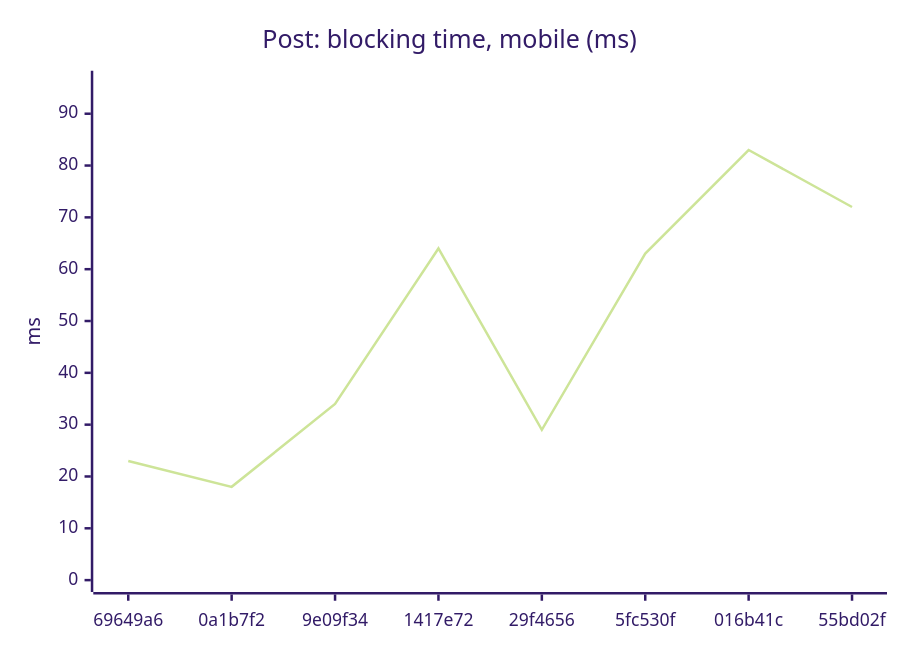
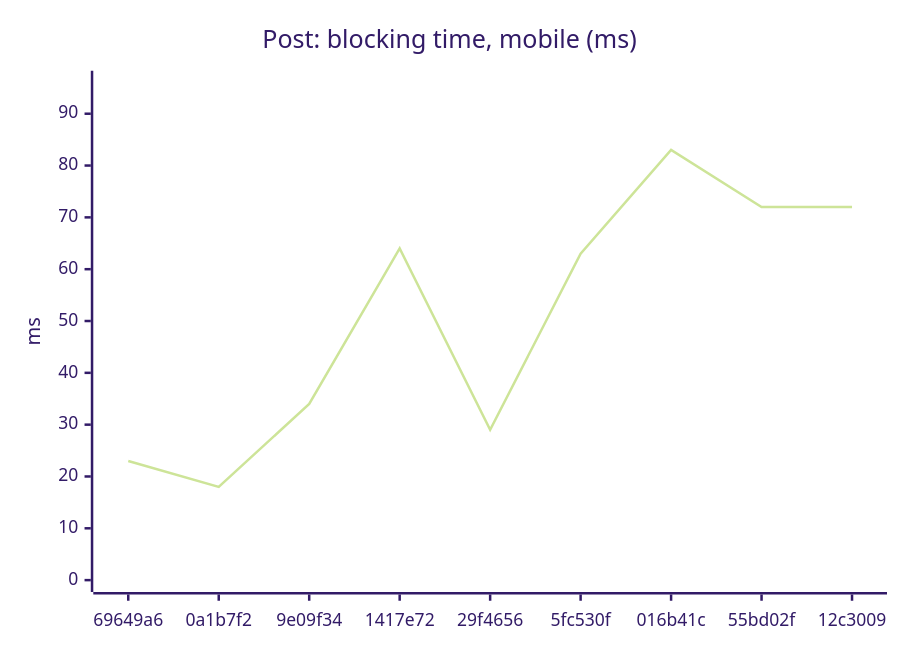
Diagram 12 of 18 in README.md (AxelUser/maltsev.space), drawn with Mermaid (forest theme) before and after one commit. The commit also changed other lines of this file and 1 other file, not shown here.

````diff
--- a/README.md
+++ b/README.md
@@ -133,7 +133,7 @@
 ```mermaid
 xychart-beta
   title "Post: blocking time, mobile (ms)"
-  x-axis ["69649a6", "0a1b7f2", "9e09f34", "1417e72", "29f4656", "5fc530f", "016b41c", "55bd02f"]
+  x-axis ["69649a6", "0a1b7f2", "9e09f34", "1417e72", "29f4656", "5fc530f", "016b41c", "55bd02f", "12c3009"]
   y-axis "ms" 0 --> 96
-  line [23, 18, 34, 64, 29, 63, 83, 72]
+  line [23, 18, 34, 64, 29, 63, 83, 72, 72]
 ```
````
